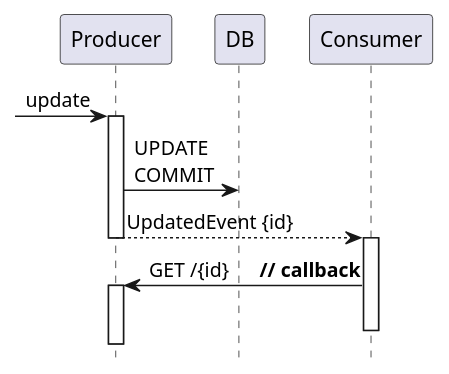
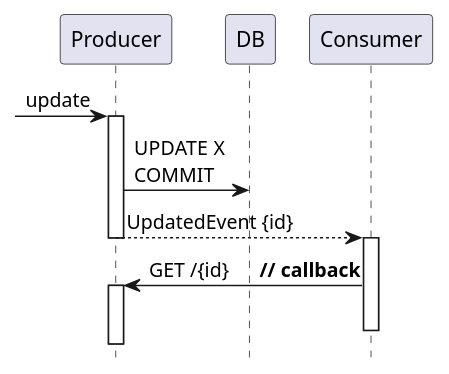
The diagram in patterns/devoxx/4_consumer_callback_race_vs_producer_replication.puml (victorrentea/kafka), drawn with PlantUML before and after one commit. The commit also changed 33 other files, not shown here.

```diff
--- a/patterns/devoxx/4_consumer_callback_race_vs_producer_replication.puml
+++ b/patterns/devoxx/4_consumer_callback_race_vs_producer_replication.puml
@@ -1,22 +1,22 @@
 @startuml
 'title Consumer Callback Race vs Produce DB Replication
 hide footbox
 participant Producer
 participant Consumer order 99
 participant DB
 
 -> Producer++:update
-Producer -> DB: UPDATE\nCOMMIT
+Producer -> DB: UPDATE X\nCOMMIT
 Consumer<--Producer--: UpdatedEvent {id}
 Consumer++
 Consumer->Producer++: GET /{id}      **// callback**
 
 '⭐uncomment below
 'Producer->DB.replica: SELECT
 
 'Consumer<--Producer--: <font color=red>stale data
-'DB -> DB.replica: **<font color=red>replication**
+'DB -> DB.replica: **<font color=red>replicate X**
 
 Consumer--
 
 @enduml
```
